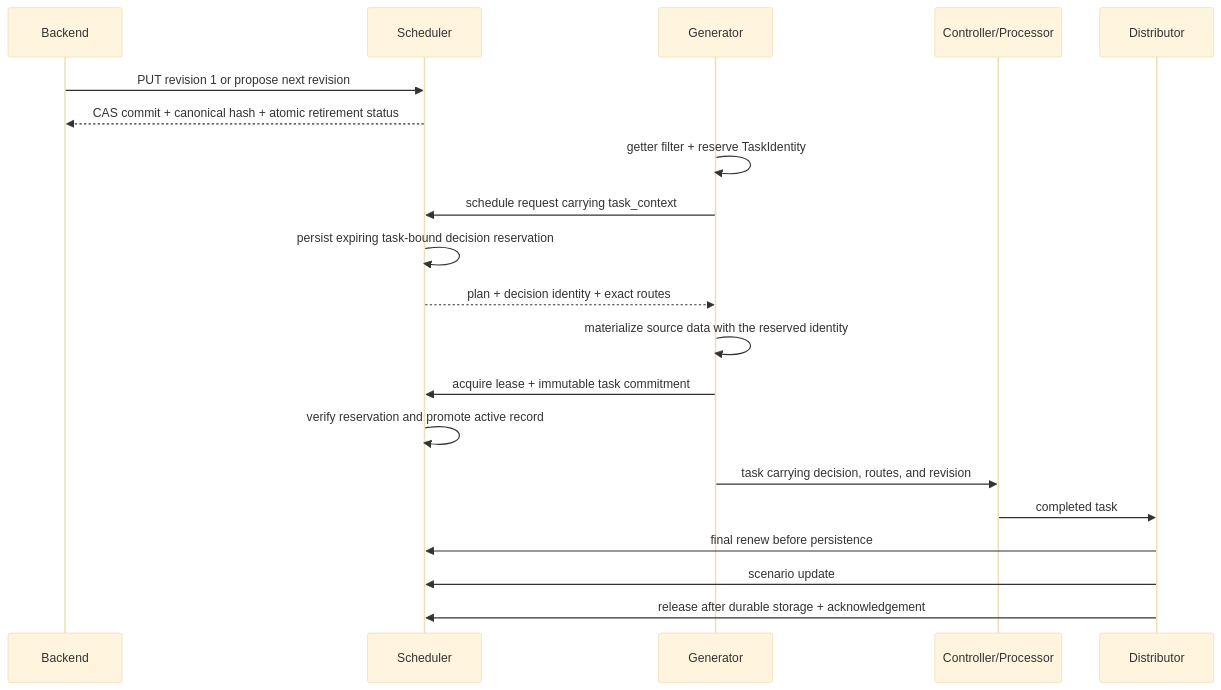
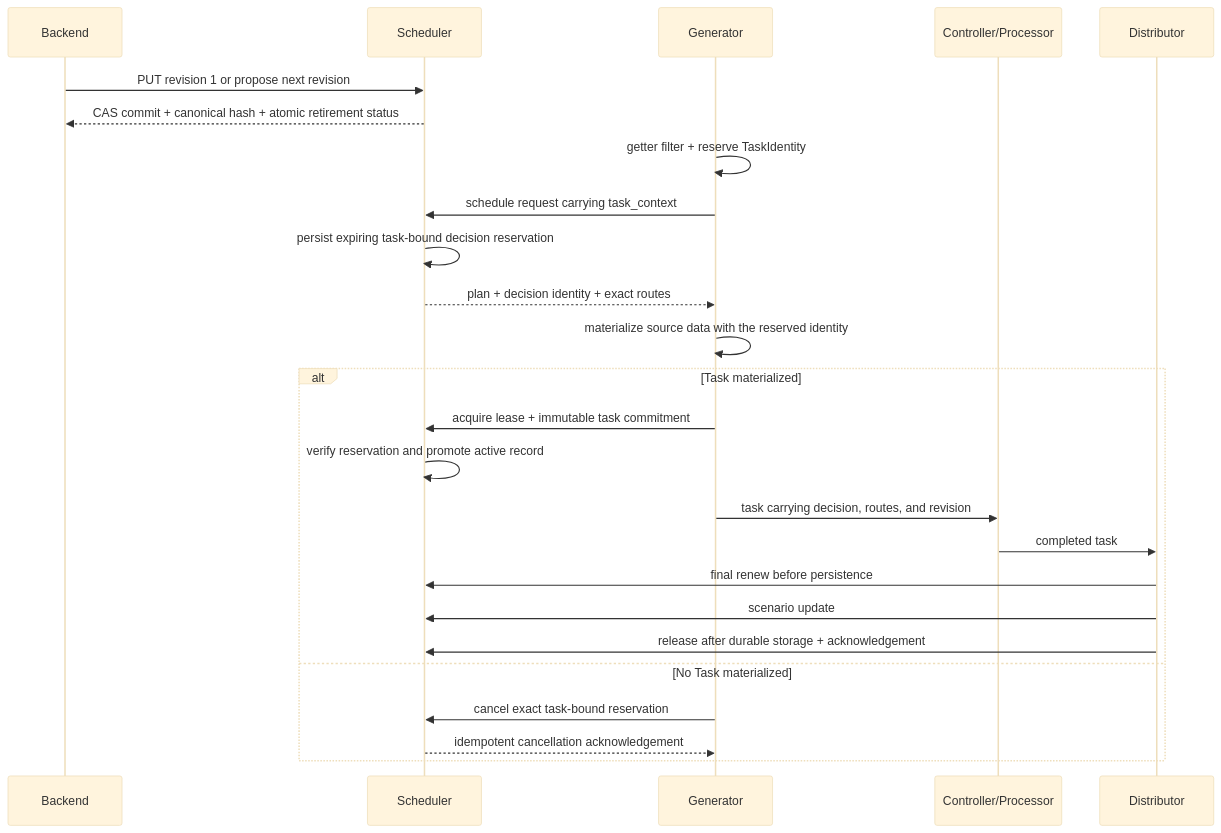
One commit to dayu-autostreamer/dayu changed the third of 4 diagrams in docs/architecture/README.md. Above: the diagram before and after it, drawn with Mermaid (base theme). The commit also changed other lines of this file and 11 other files, not shown here.

````diff
--- a/docs/architecture/README.md
+++ b/docs/architecture/README.md
@@ -163,22 +163,27 @@
 ```mermaid
 sequenceDiagram
     participant BE as Backend
     participant S as Scheduler
     participant G as Generator
     participant W as Controller/Processor
     participant D as Distributor
     BE->>S: PUT revision 1 or propose next revision
     S-->>BE: CAS commit + canonical hash + atomic retirement status
     G->>G: getter filter + reserve TaskIdentity
     G->>S: schedule request carrying task_context
     S->>S: persist expiring task-bound decision reservation
     S-->>G: plan + decision identity + exact routes
     G->>G: materialize source data with the reserved identity
-    G->>S: acquire lease + immutable task commitment
-    S->>S: verify reservation and promote active record
-    G->>W: task carrying decision, routes, and revision
-    W->>D: completed task
-    D->>S: final renew before persistence
-    D->>S: scenario update
-    D->>S: release after durable storage + acknowledgement
+    alt Task materialized
+        G->>S: acquire lease + immutable task commitment
+        S->>S: verify reservation and promote active record
+        G->>W: task carrying decision, routes, and revision
+        W->>D: completed task
+        D->>S: final renew before persistence
+        D->>S: scenario update
+        D->>S: release after durable storage + acknowledgement
+    else No Task materialized
+        G->>S: cancel exact task-bound reservation
+        S-->>G: idempotent cancellation acknowledgement
+    end
 ```
````
